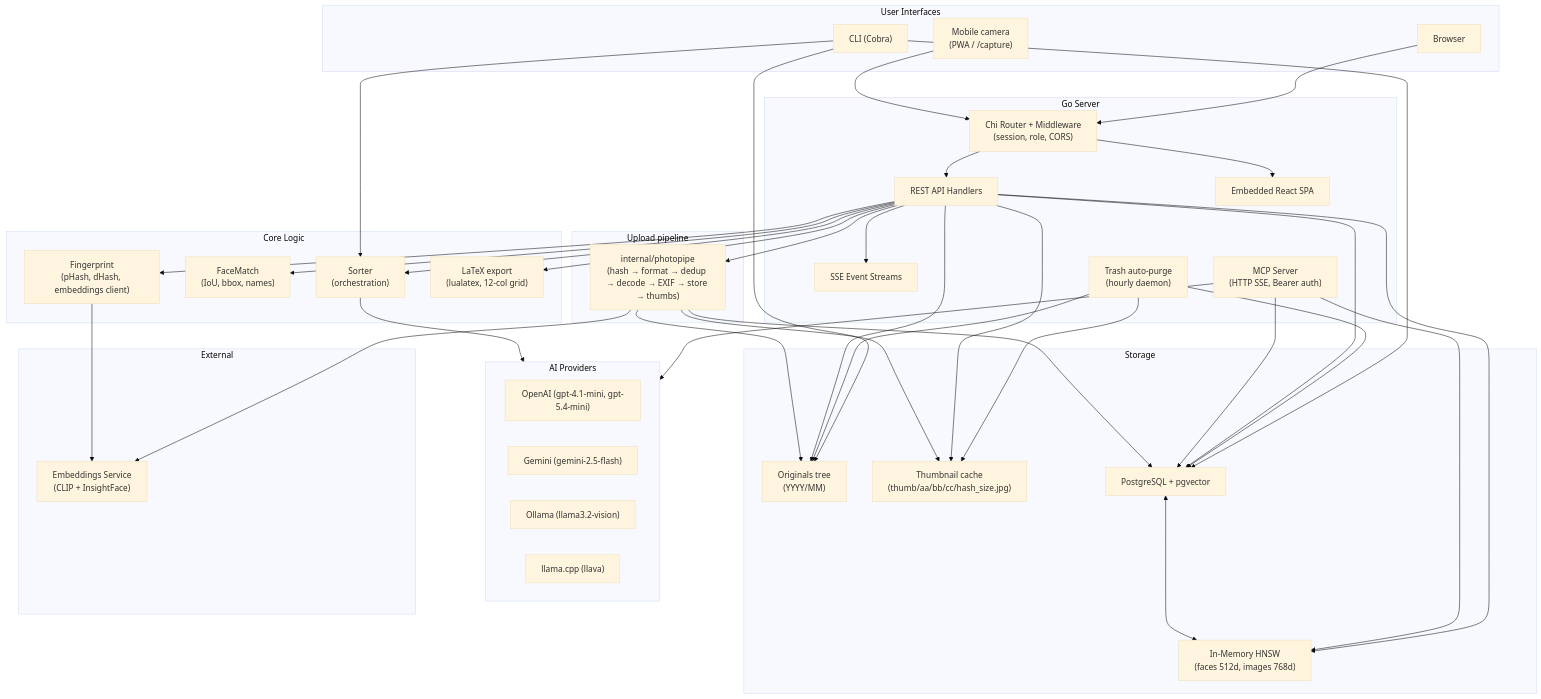
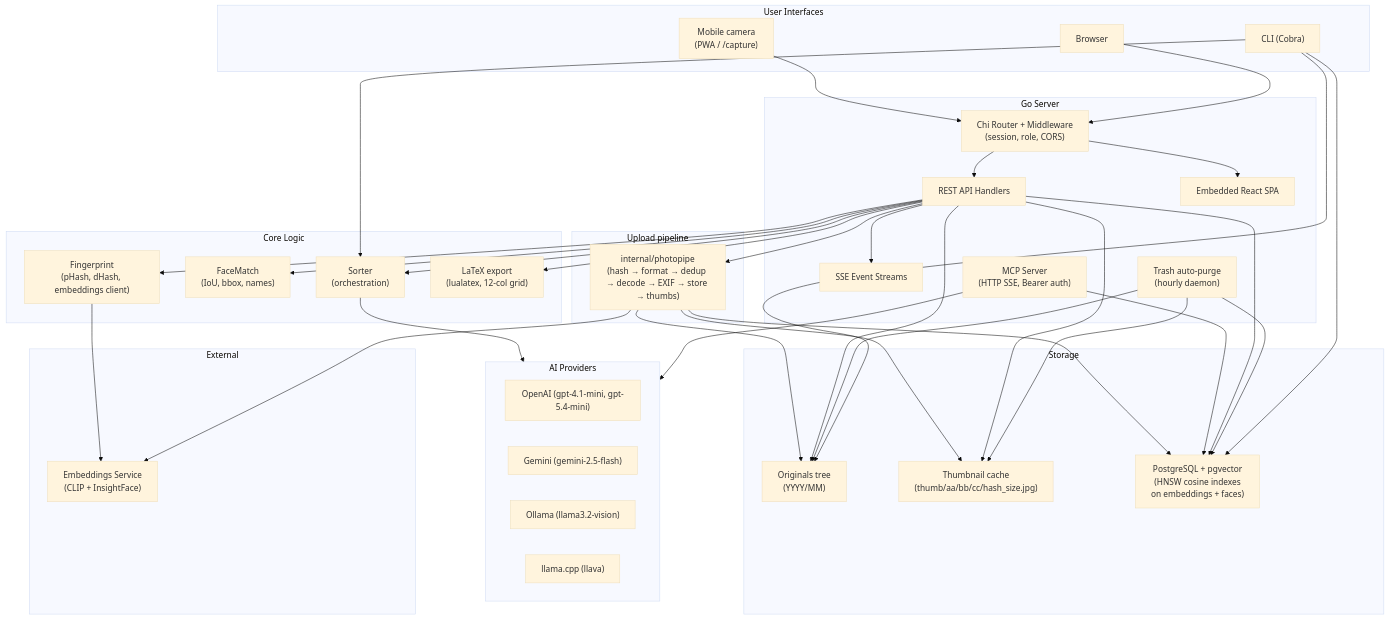
Before and after one commit to kozaktomas/photo-sorter: the diagram in docs/architecture.md, drawn with Mermaid (base theme). The commit also changed other lines of this file and 38 other files, not shown here.

````diff
--- a/docs/architecture.md
+++ b/docs/architecture.md
@@ -44,8 +44,7 @@
     subgraph Storage["Storage"]
         Disk["Originals tree<br/>(YYYY/MM)"]
         Cache["Thumbnail cache<br/>(thumb/aa/bb/cc/hash_size.jpg)"]
-        PG["PostgreSQL + pgvector"]
-        HNSW["In-Memory HNSW<br/>(faces 512d, images 768d)"]
+        PG["PostgreSQL + pgvector<br/>(HNSW cosine indexes<br/>on embeddings + faces)"]
     end
 
     subgraph External["External"]
@@ -70,13 +69,11 @@
     Handlers --> Fingerprint
     Handlers --> Pipe
     Handlers --> PG
-    Handlers --> HNSW
     Handlers --> Disk
     Handlers --> Cache
     Handlers --> Latex
 
     MCP --> PG
-    MCP --> HNSW
     MCP --> AI
 
     Sorter --> AI
@@ -87,6 +84,4 @@
     Pipe --> EmbSvc
 
     Fingerprint --> EmbSvc
-
-    PG <--> HNSW
 ```
````
